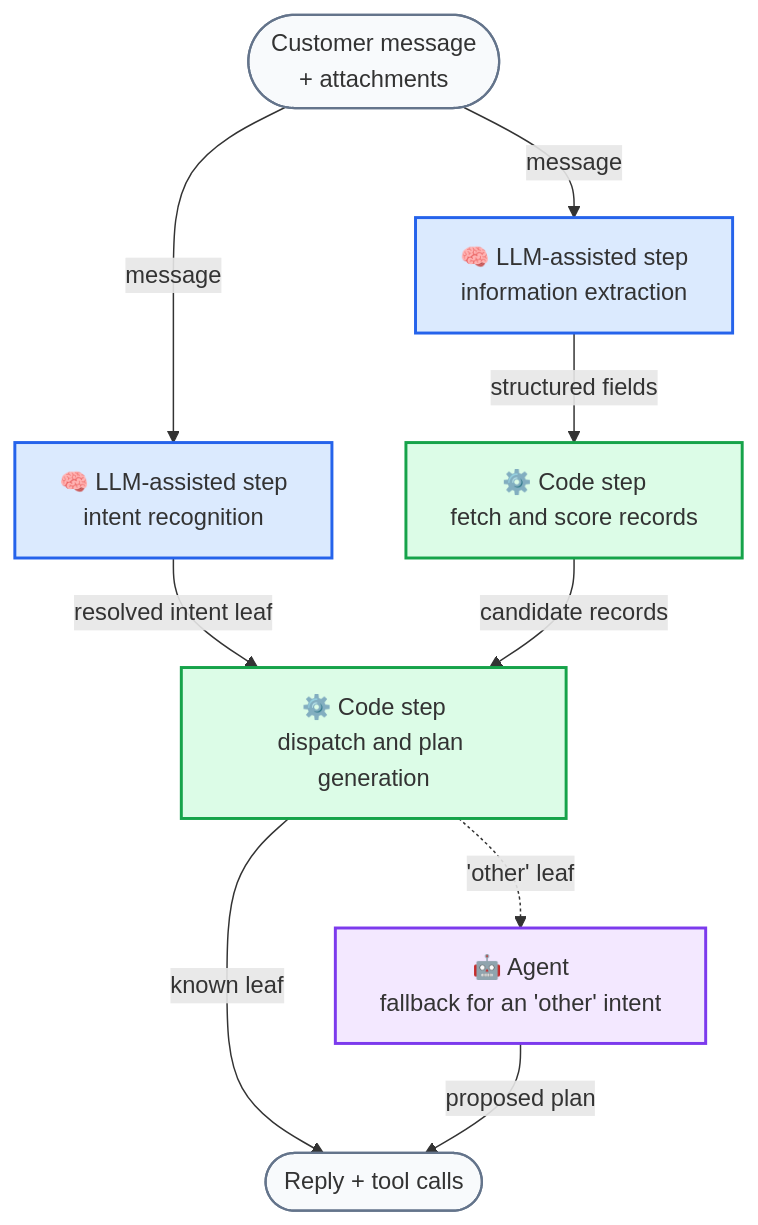
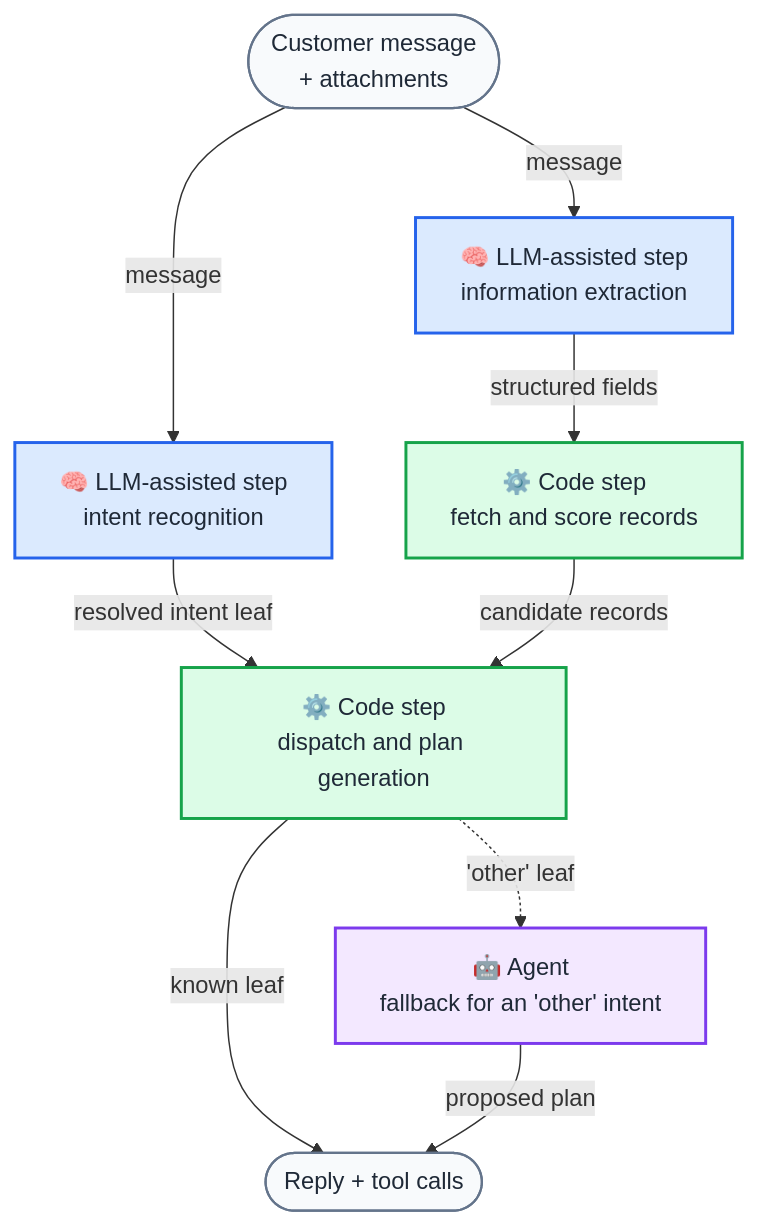
Before and after one commit to FridljDa/FridljDa.github.io: the first of 5 diagrams in src/content/blog/first-level-support-automation.mdx, drawn with Mermaid. The commit also changed other lines of this file and 32 other files, not shown here.

````diff
--- a/src/content/blog/first-level-support-automation.mdx
+++ b/src/content/blog/first-level-support-automation.mdx
@@ -21,28 +21,28 @@
 ```mermaid
 flowchart TD
     INPUT(["Customer message<br/>+ attachments"])
     L1["🧠 LLM-assisted step<br/>intent recognition"]
     L2["🧠 LLM-assisted step<br/>information extraction"]
     C1["⚙️ Code step<br/>fetch and score records"]
     C2["⚙️ Code step<br/>dispatch and plan generation"]
     A1["🤖 Agent<br/>fallback for an 'other' intent"]
     OUT(["Reply + tool calls"])
 
     INPUT -->|"message"| L1
     INPUT -->|"message"| L2
     L2 -->|"structured fields"| C1
     L1 -->|"resolved intent leaf"| C2
     C1 -->|"candidate records"| C2
     C2 -->|"known leaf"| OUT
     C2 -.->|"'other' leaf"| A1
     A1 -->|"proposed plan"| OUT
 
-    classDef agent fill:#f3e8ff,stroke:#7c3aed,stroke-width:2px
-    classDef llm fill:#dbeafe,stroke:#2563eb,stroke-width:2px
-    classDef code fill:#dcfce7,stroke:#16a34a,stroke-width:2px
-    classDef terminal fill:#f8fafc,stroke:#64748b,stroke-width:1.5px
+    classDef agent fill:#f3e8ff,stroke:#7c3aed,stroke-width:2px,color:#1f2937
+    classDef llm fill:#dbeafe,stroke:#2563eb,stroke-width:2px,color:#1f2937
+    classDef code fill:#dcfce7,stroke:#16a34a,stroke-width:2px,color:#1f2937
+    classDef terminal fill:#f8fafc,stroke:#64748b,stroke-width:1.5px,color:#1f2937
     class A1 agent
     class L1,L2 llm
     class C1,C2 code
     class INPUT,OUT terminal
 ```
````
